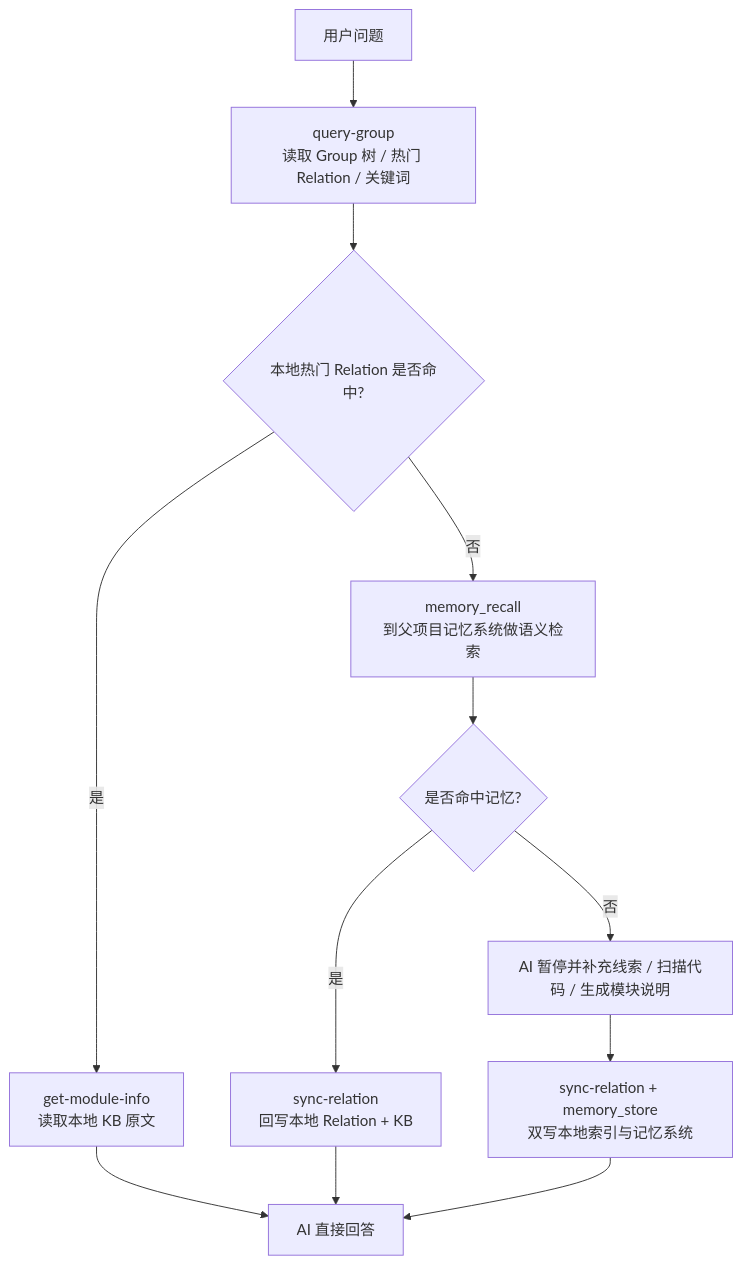
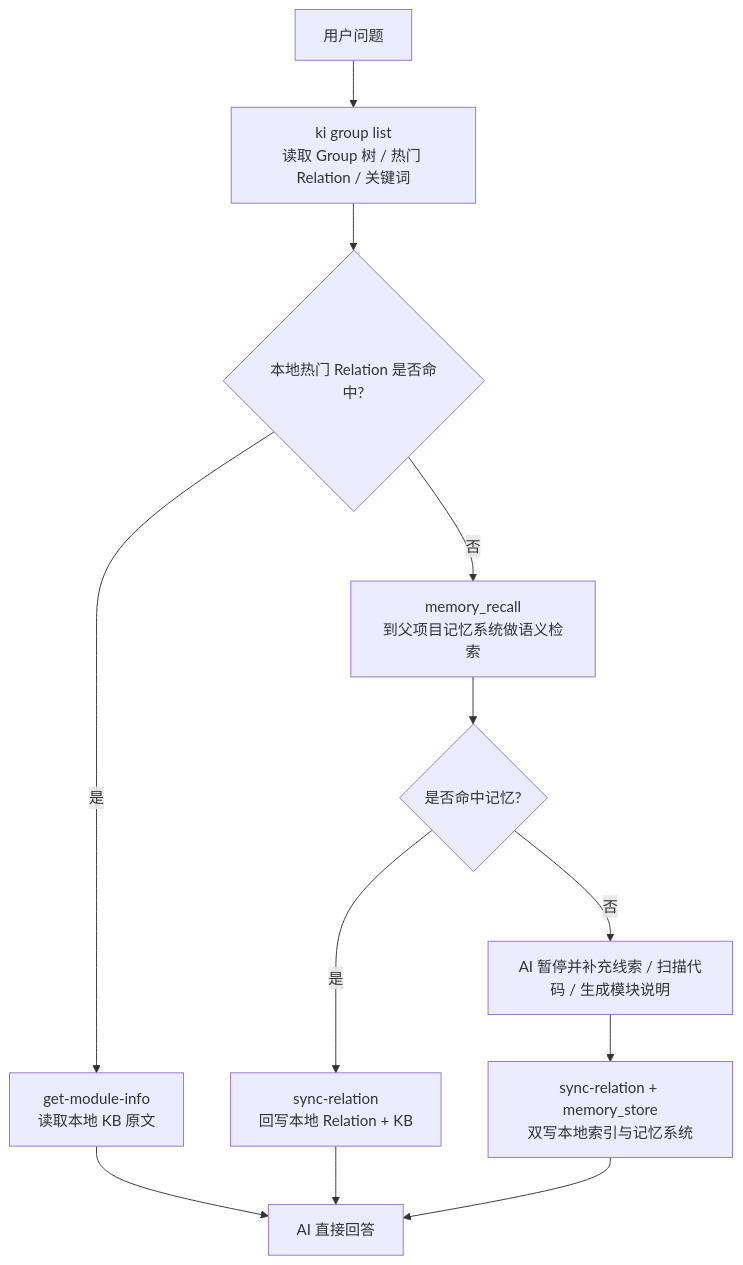
The third of 5 diagrams in docs/architecture.md (HACK-WU/kisearch), drawn with Mermaid before and after one commit. The commit also changed other lines of this file and 53 other files, not shown here.

First line of the commit message:
feat(group)!: 新增 ki group 命令族并下线 manage-index/query-group

````diff
--- a/docs/architecture.md
+++ b/docs/architecture.md
@@ -138,16 +138,16 @@
 ```mermaid
 flowchart TD
-    Q[用户问题] --> G[query-group<br/>读取 Group 树 / 热门 Relation / 关键词]
+    Q[用户问题] --> G[ki group list<br/>读取 Group 树 / 热门 Relation / 关键词]
     G --> H{本地热门 Relation 是否命中?}
     H -- 是 --> M[get-module-info<br/>读取本地 KB 原文]
     M --> A[AI 直接回答]
 
     H -- 否 --> R[memory_recall<br/>到父项目记忆系统做语义检索]
     R --> F{是否命中记忆?}
     F -- 是 --> S[sync-relation<br/>回写本地 Relation + KB]
     S --> A
 
     F -- 否 --> P[AI 暂停并补充线索 / 扫描代码 / 生成模块说明]
     P --> D[sync-relation + memory_store<br/>双写本地索引与记忆系统]
     D --> A
 ```
````
